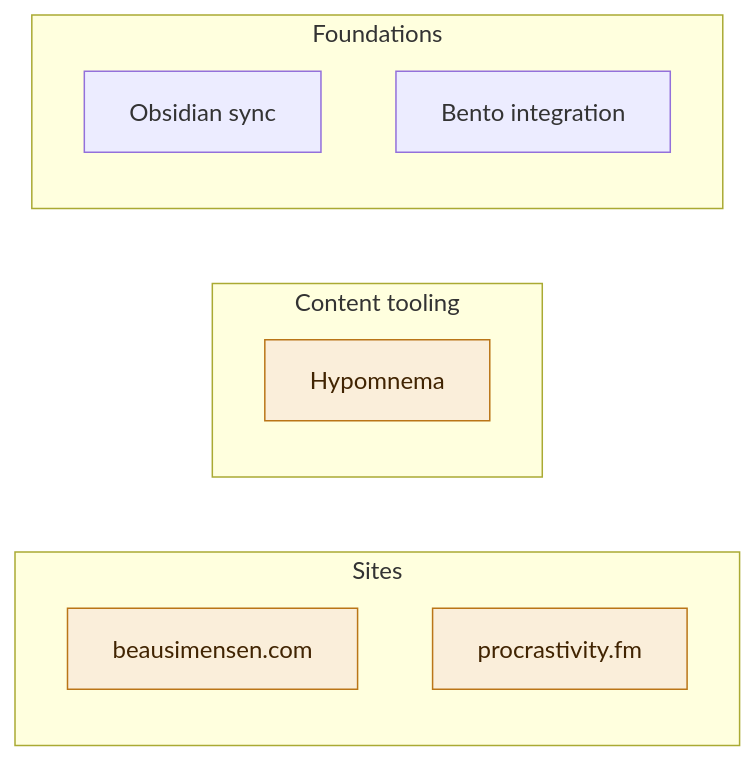
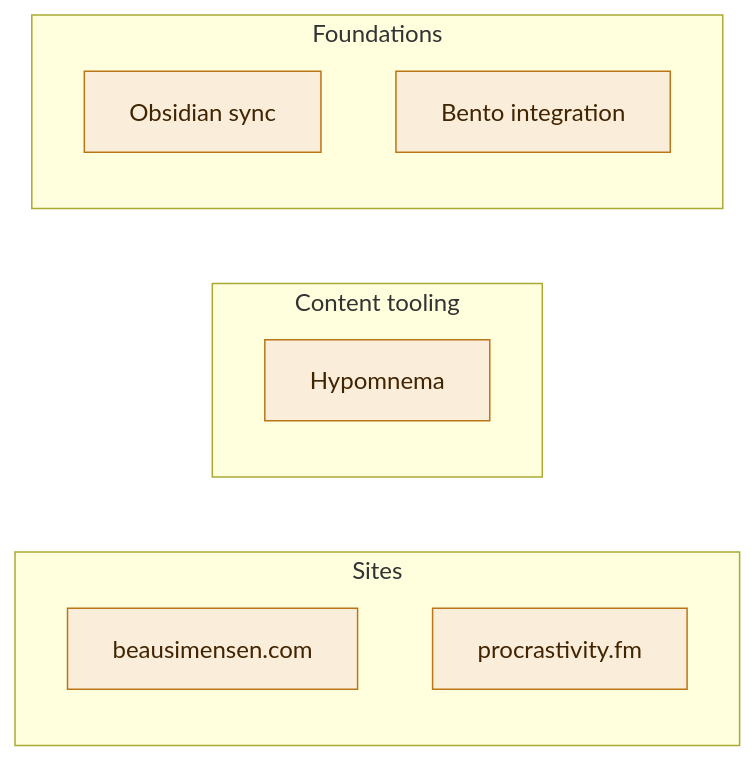
The diagram in pages/now.md (simensen/beausimensen-com-content), drawn with Mermaid before and after one commit.

Commit message:
sync 2026-05-26T15:44:04Z

````diff
--- a/pages/now.md
+++ b/pages/now.md
@@ -12,21 +12,21 @@
 ```mermaid
 flowchart LR
     subgraph Sites
         beausimensen[beausimensen.com]
         procrastivity[procrastivity.fm]
     end
 
     subgraph "Content tooling"
         hypomnema[Hypomnema]
     end
 
     subgraph Foundations
         sync[Obsidian sync]
         bento[Bento integration]
     end
 
     classDef shipped fill:#EAF3DE,stroke:#639922,color:#173404
     classDef active fill:#FAEEDA,stroke:#BA7517,color:#412402
     class gethmn shipped
-    class beausimensen,procrastivity,hypomnema active
+    class beausimensen,procrastivity,hypomnema,sync,bento active
 ```
````
